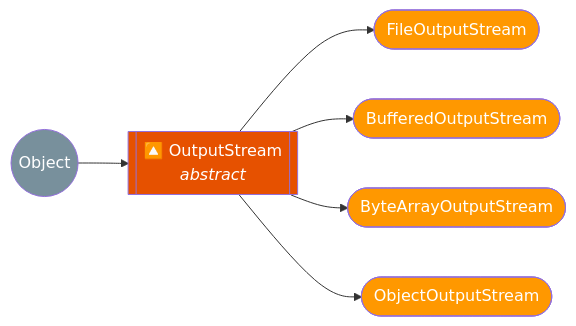
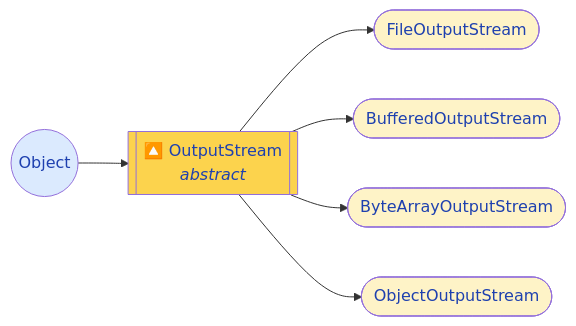
One commit to saivamsikaruturi/vamsilabs-dev-notes-main changed the fifth of 5 diagrams in docs/java/FileHandling.md. Above: the diagram before and after it, drawn with Mermaid. The commit also changed other lines of this file and 220 other files, not shown here.

First line of the commit message:
Add 50+ new Java/Spring Boot pages, rewrite CSS code blocks to Oracle style, fix all diagram colors

````diff
--- a/docs/java/FileHandling.md
+++ b/docs/java/FileHandling.md
@@ -442,15 +442,15 @@
 ```mermaid
 flowchart LR
     O4(("Object")) --> OutStr[["🔼 OutputStream<br/><i>abstract</i>"]]
     OutStr --> FOS2(["FileOutputStream"])
     OutStr --> BOS2(["BufferedOutputStream"])
     OutStr --> BAOS(["ByteArrayOutputStream"])
     OutStr --> OOS(["ObjectOutputStream"])
 
-    style O4 fill:#78909C,color:#fff
-    style OutStr fill:#E65100,color:#fff
-    style FOS2 fill:#FF9800,color:#fff
-    style BOS2 fill:#FF9800,color:#fff
-    style BAOS fill:#FF9800,color:#fff
-    style OOS fill:#FF9800,color:#fff
+    style O4 fill:#DBEAFE,color:#1E40AF
+    style OutStr fill:#FCD34D,color:#1E40AF
+    style FOS2 fill:#FEF3C7,color:#1E40AF
+    style BOS2 fill:#FEF3C7,color:#1E40AF
+    style BAOS fill:#FEF3C7,color:#1E40AF
+    style OOS fill:#FEF3C7,color:#1E40AF
 ```
````
